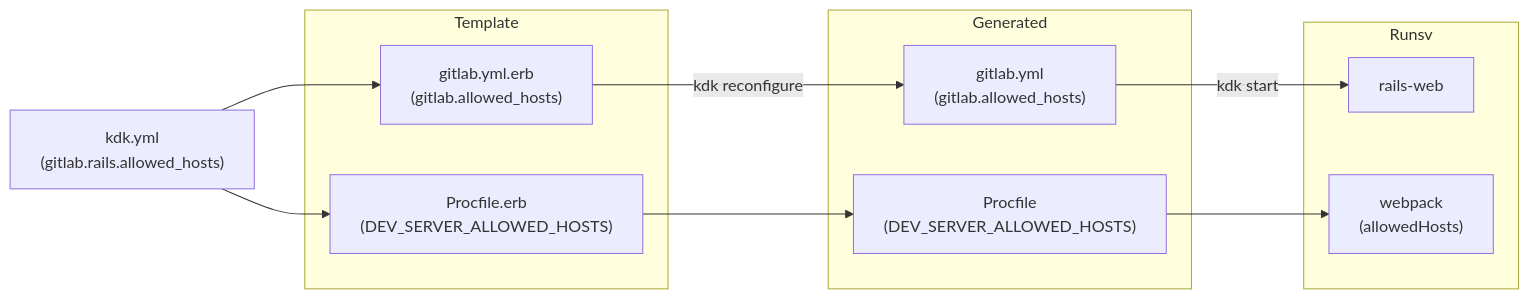
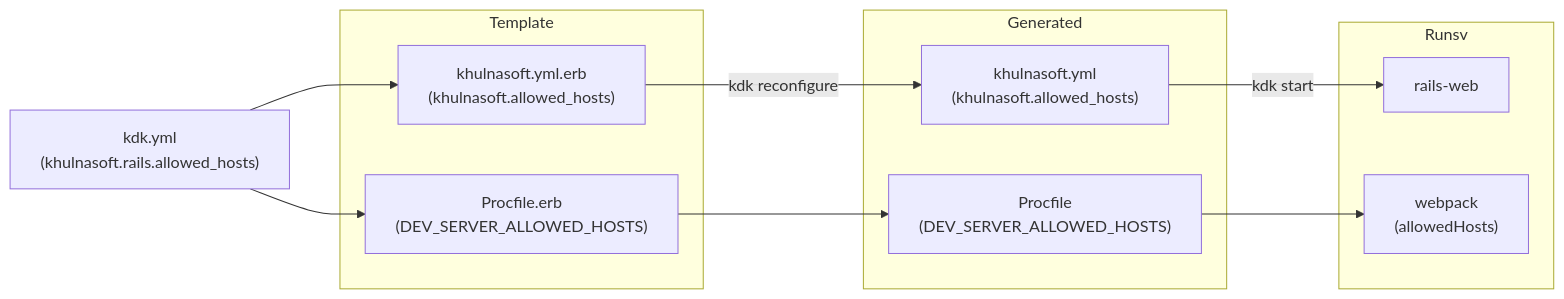
One commit to renovate-bot/khulnasoft-lab-_-khulnasoft-development-kit changed the diagram in doc/configuration.md. Above: the diagram before and after it, drawn with Mermaid. The commit also changed other lines of this file and 322 other files, not shown here.

````diff
--- a/doc/configuration.md
+++ b/doc/configuration.md
@@ -668,28 +668,28 @@
 ```mermaid
 graph LR
-  A["kdk.yml<br>(gitlab.rails.allowed_hosts)"]
+  A["kdk.yml<br>(khulnasoft.rails.allowed_hosts)"]
 
   subgraph Template
-  B["gitlab.yml.erb<br>(gitlab.allowed_hosts)"]
+  B["khulnasoft.yml.erb<br>(khulnasoft.allowed_hosts)"]
   C["Procfile.erb<br>(DEV_SERVER_ALLOWED_HOSTS)"]
   end
 
   A --> B
   A --> C
 
   subgraph Generated
-  D["gitlab.yml<br>(gitlab.allowed_hosts)"]
+  D["khulnasoft.yml<br>(khulnasoft.allowed_hosts)"]
   E["Procfile<br>(DEV_SERVER_ALLOWED_HOSTS)"]
   end
 
   B -- kdk reconfigure --> D
   C --> E
 
   subgraph Runsv
   F[rails-web]
   G["webpack<br>(allowedHosts)"]
   end
 
   D -- kdk start --> F
   E --> G
 ```
````
